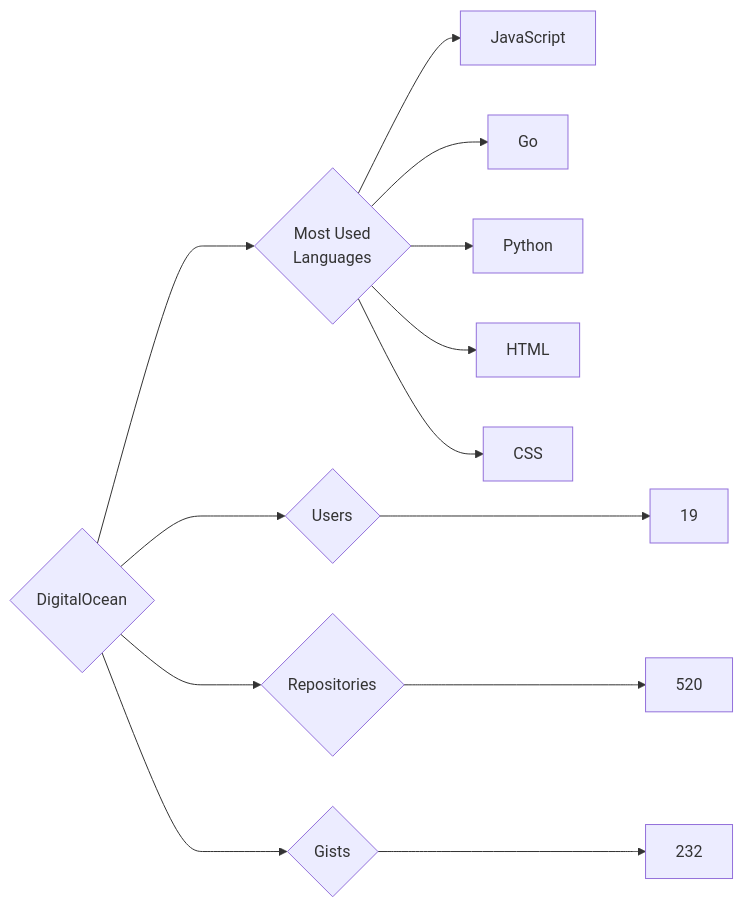
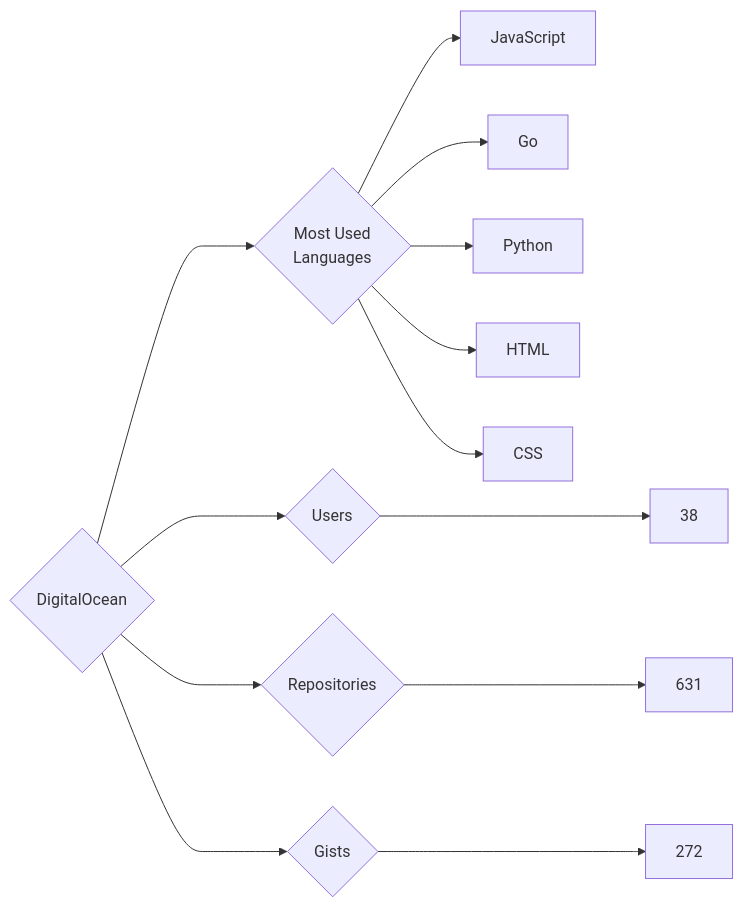
One commit to trickest/insiders changed the diagram in targets/DigitalOcean/README.md. Above: the diagram before and after it, drawn with Mermaid. The commit also changed 699 other files, not shown here.

````diff
--- a/targets/DigitalOcean/README.md
+++ b/targets/DigitalOcean/README.md
@@ -3,13 +3,13 @@
 ```mermaid
 graph LR
 COMPANY_NAME{DigitalOcean}
-COMPANY_NAME ---> U{Users} ---> UN[19]
-COMPANY_NAME ---> R{Repositories} ---> RN[520]
-COMPANY_NAME ---> G{Gists} ---> GN[232]
+COMPANY_NAME ---> U{Users} ---> UN[38]
+COMPANY_NAME ---> R{Repositories} ---> RN[631]
+COMPANY_NAME ---> G{Gists} ---> GN[272]
 COMPANY_NAME ---> ML{Most Used<br>Languages}
 ML --> JavaScript[JavaScript]
 ML --> Go[Go]
 ML --> Python[Python]
 ML --> HTML[HTML]
 ML --> CSS[CSS]
 ```
````
